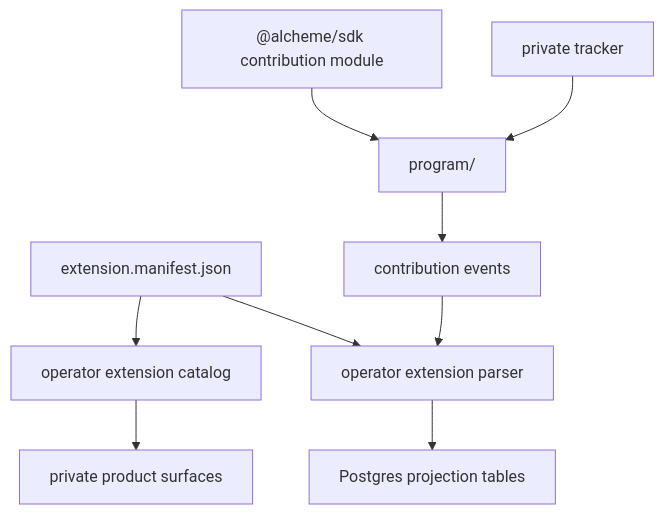
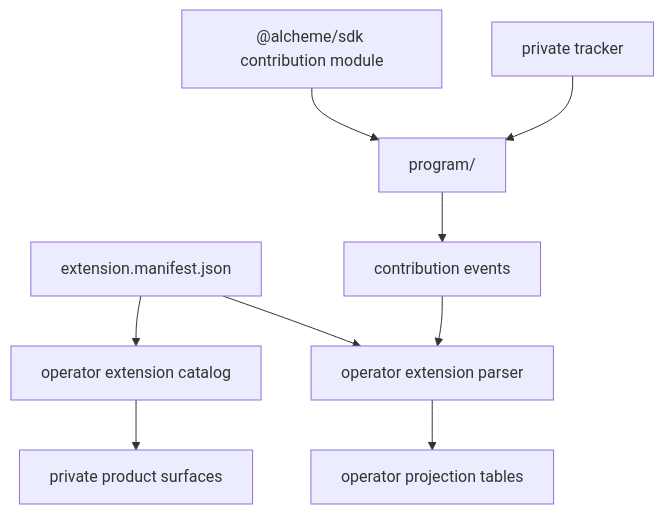
Before and after one commit to alcheme-labs/alcheme-protocol: the first of 2 diagrams in extensions/contribution-engine/README.md, drawn with Mermaid. The commit also changed other lines of this file and 11 other files, not shown here.

````diff
--- a/extensions/contribution-engine/README.md
+++ b/extensions/contribution-engine/README.md
@@ -13,11 +13,11 @@
 ```mermaid
 flowchart TB
     manifest["extension.manifest.json"] --> catalog["operator extension catalog"]
     manifest --> indexer["operator extension parser"]
     sdk["@alcheme/sdk contribution module"] --> program["program/"]
     tracker["private tracker"] --> program
     program --> events["contribution events"]
     events --> indexer
-    indexer --> readmodel["Postgres projection tables"]
+    indexer --> readmodel["operator projection tables"]
     catalog --> product["private product surfaces"]
 ```
````
